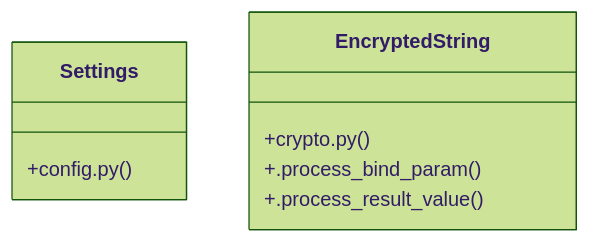
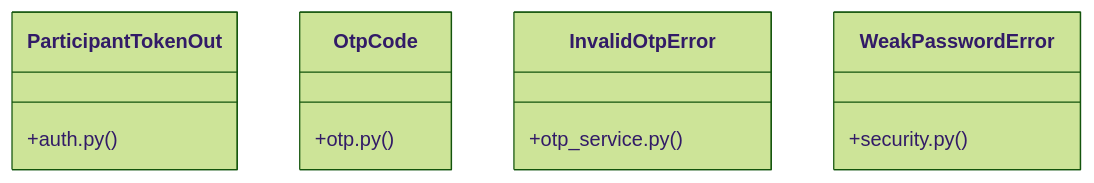
The diagram in graphify-out/wiki/[verify_stripe_signature()_&_payment_webhook()]_Cluster.md (adjanayo/synca_conf_back), drawn with Mermaid (forest theme) before and after one commit. The commit also changed other lines of this file and 99 other files, not shown here.

Commit message:
chore: rafraîchir le graphe de code (graphify)

````diff
--- a/graphify-out/wiki/[verify_stripe_signature()_&_payment_webhook()]_Cluster.md
+++ b/graphify-out/wiki/[verify_stripe_signature()_&_payment_webhook()]_Cluster.md
@@ -36,11 +36,15 @@
 ```mermaid
 classDiagram
-    class Settings {
-        +config.py()
+    class ParticipantTokenOut {
+        +auth.py()
     }
-    class EncryptedString {
-        +crypto.py()
-        +.process_bind_param()
-        +.process_result_value()
+    class OtpCode {
+        +otp.py()
+    }
+    class InvalidOtpError {
+        +otp_service.py()
+    }
+    class WeakPasswordError {
+        +security.py()
     }
 ```
````
